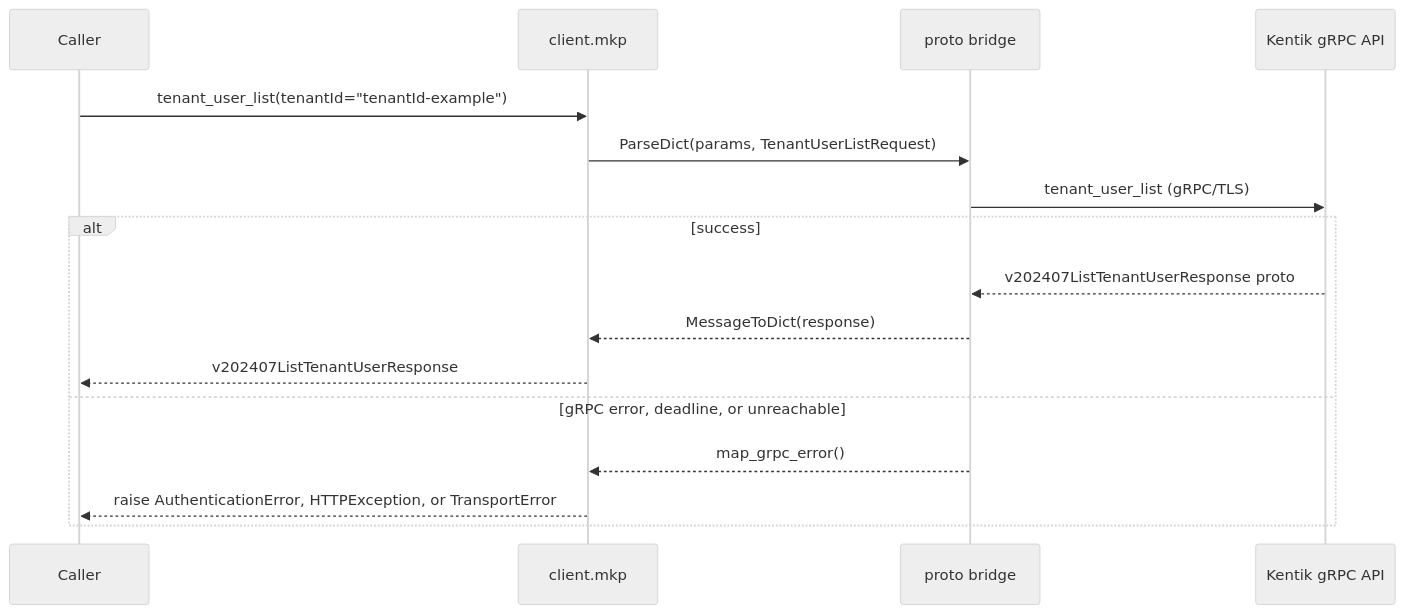
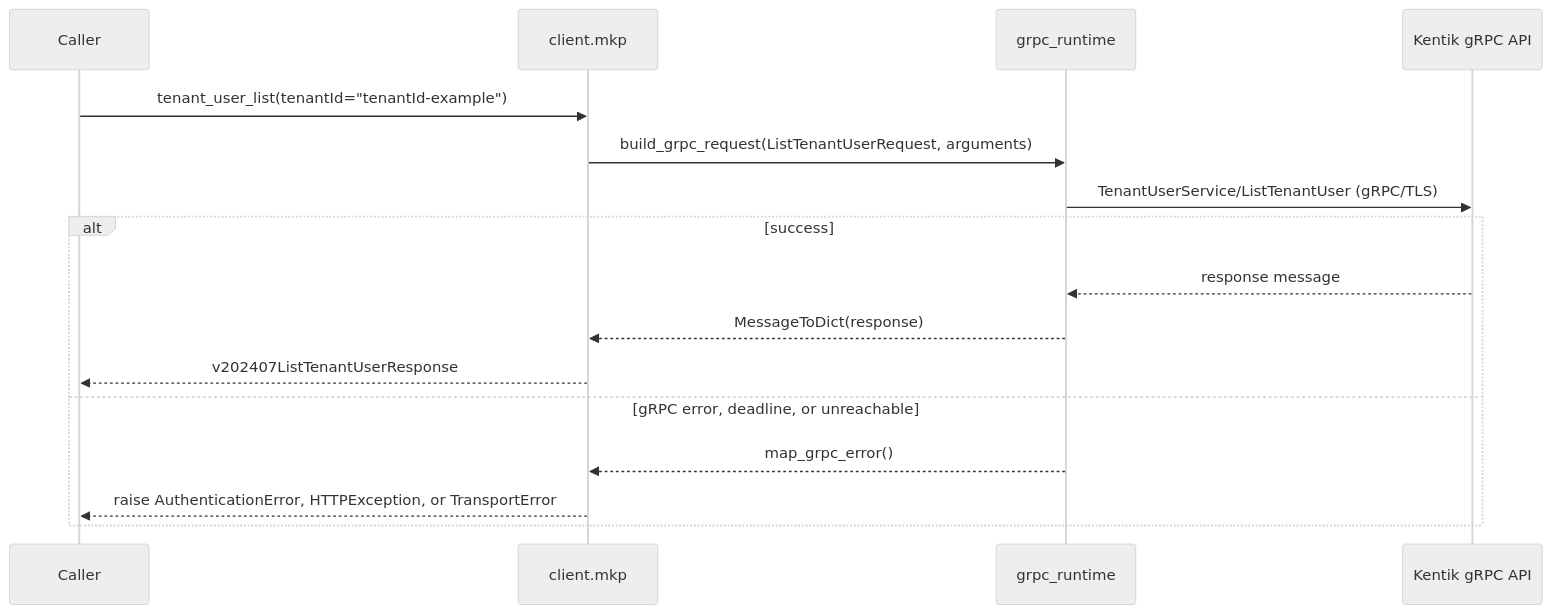
Before and after one commit to alexdearaujo/community_sdk_python: diagram 23 of 30 in docs/sphinx/services/mkp.md, drawn with Mermaid (neutral theme). The commit also changed other lines of this file and 37 other files, not shown here.

First line of the commit message:
docs: show the real RPC in each service page's gRPC diagram

````diff
--- a/docs/sphinx/services/mkp.md
+++ b/docs/sphinx/services/mkp.md
@@ -809,19 +809,19 @@
 ```mermaid
 sequenceDiagram
     participant C as Caller
     participant W as client.mkp
-    participant B as proto bridge
+    participant R as grpc_runtime
     participant API as Kentik gRPC API
 
     C->>W: tenant_user_list(tenantId="tenantId-example")
-    W->>B: ParseDict(params, TenantUserListRequest)
-    B->>API: tenant_user_list (gRPC/TLS)
+    W->>R: build_grpc_request(ListTenantUserRequest, arguments)
+    R->>API: TenantUserService/ListTenantUser (gRPC/TLS)
     alt success
-        API-->>B: v202407ListTenantUserResponse proto
-        B-->>W: MessageToDict(response)
+        API-->>R: response message
+        R-->>W: MessageToDict(response)
         W-->>C: v202407ListTenantUserResponse
     else gRPC error, deadline, or unreachable
-        B-->>W: map_grpc_error()
+        R-->>W: map_grpc_error()
         W-->>C: raise AuthenticationError, HTTPException, or TransportError
     end
 ```
````
